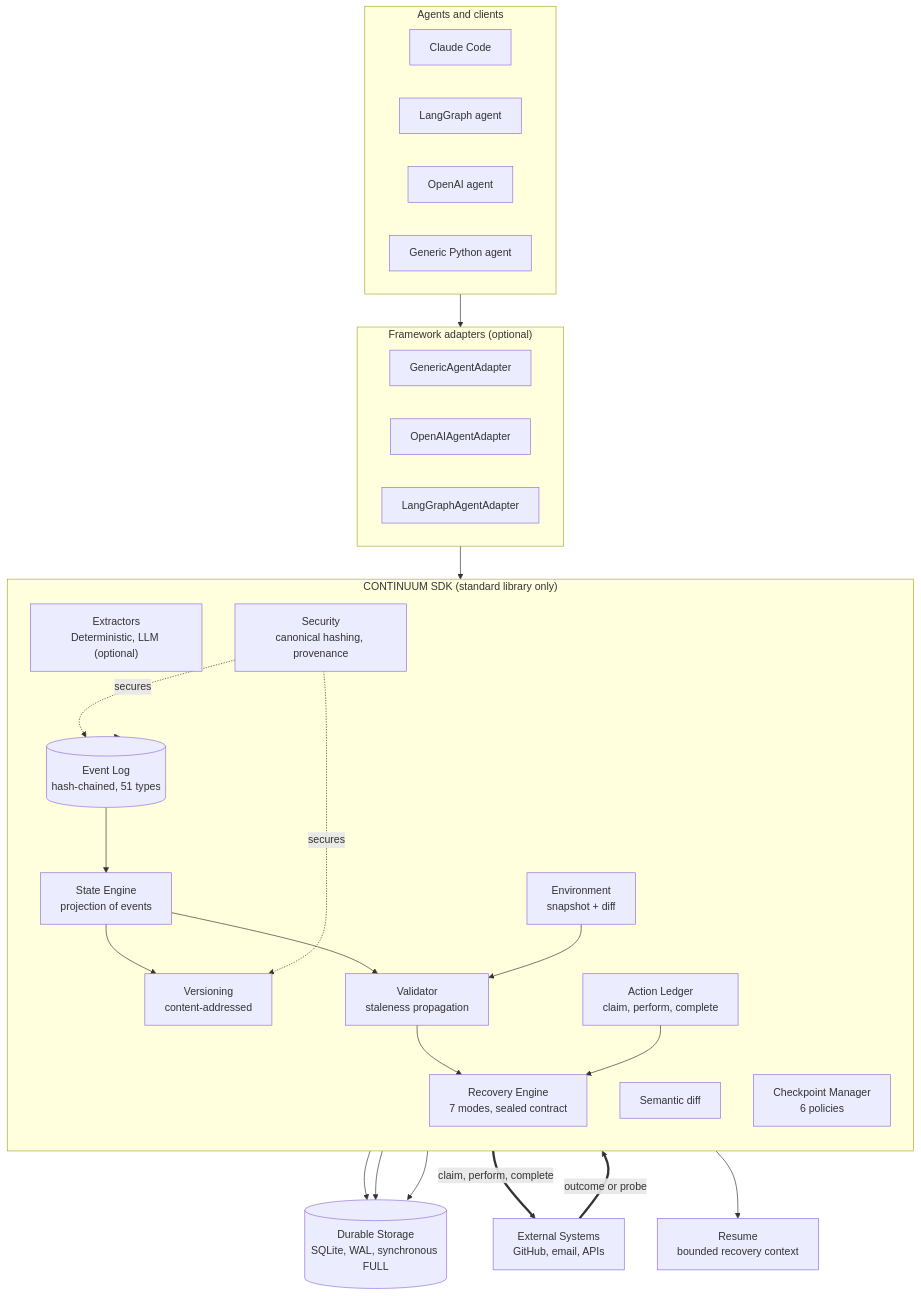
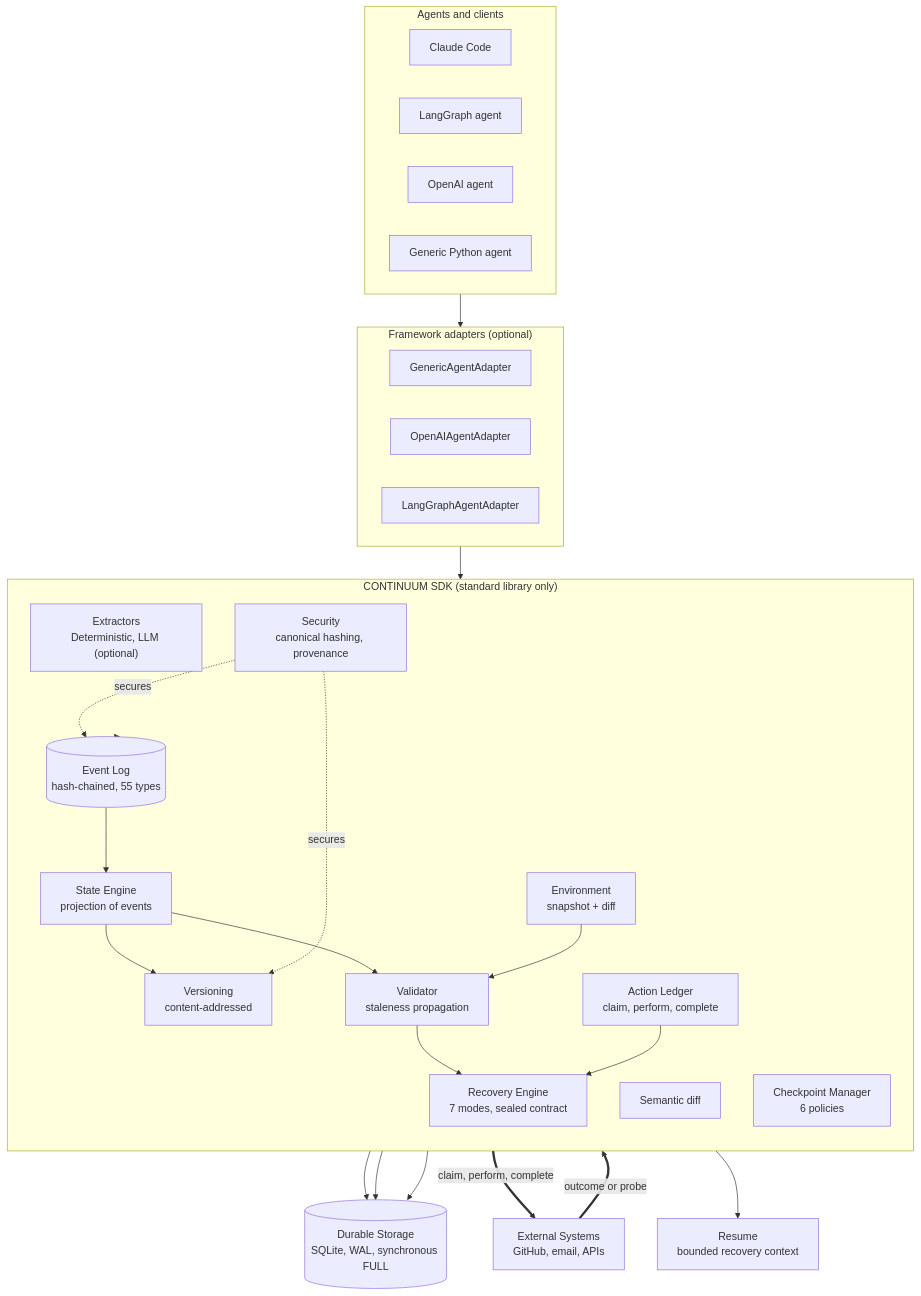
Before and after one commit to Adhi1-2/CONTINUUM: the diagram in references/architecture-flow.md, drawn with Mermaid. The commit also changed 20 other files, not shown here.

````diff
--- a/references/architecture-flow.md
+++ b/references/architecture-flow.md
@@ -7,61 +7,61 @@
 ```mermaid
 flowchart TB
     %% ---------- Agents and clients ----------
     subgraph AGENTS["Agents and clients"]
         cc["Claude Code"]
         lg["LangGraph agent"]
         oa["OpenAI agent"]
         gn["Generic Python agent"]
     end
 
     %% ---------- Framework adapters (optional) ----------
     subgraph ADAPT["Framework adapters (optional)"]
         gad["GenericAgentAdapter"]
         oad["OpenAIAgentAdapter"]
         lgad["LangGraphAgentAdapter"]
     end
 
     %% ---------- CONTINUUM SDK ----------
     subgraph SDK["CONTINUUM SDK (standard library only)"]
         direction TB
         ext["Extractors<br/>Deterministic, LLM (optional)"]
         proj["State Engine<br/>projection of events"]
         ver["Versioning<br/>content-addressed"]
         dif["Semantic diff"]
-        elog[("Event Log<br/>hash-chained, 51 types")]
+        elog[("Event Log<br/>hash-chained, 55 types")]
         led["Action Ledger<br/>claim, perform, complete"]
         ckpt["Checkpoint Manager<br/>6 policies"]
         env["Environment<br/>snapshot + diff"]
         val["Validator<br/>staleness propagation"]
         rec["Recovery Engine<br/>7 modes, sealed contract"]
         sec["Security<br/>canonical hashing, provenance"]
     end
 
     %% ---------- Storage / external / output ----------
     store[("Durable Storage<br/>SQLite, WAL, synchronous FULL")]
     extsys["External Systems<br/>GitHub, email, APIs"]
     resume["Resume<br/>bounded recovery context"]
 
     %% ---------- Flows ----------
     AGENTS --> ADAPT
     ADAPT --> SDK
 
     SDK --> elog
     elog --> store
     elog --> proj
     proj --> ver
     proj --> val
     env --> val
     val --> rec
     led --> rec
     rec --> store
     ckpt --> store
 
     led ==>|claim, perform, complete| extsys
     extsys ==>|outcome or probe| led
 
     rec --> resume
 
     sec -. secures .-> elog
     sec -. secures .-> ver
 ```
````
